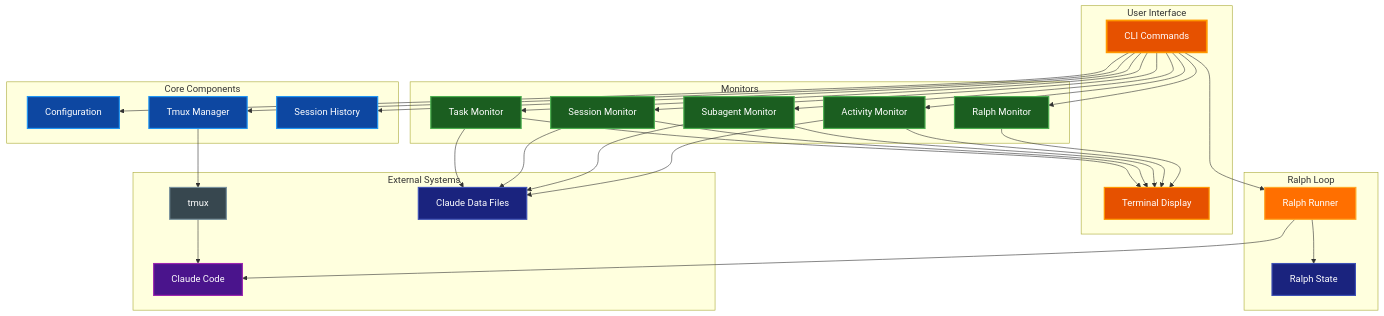
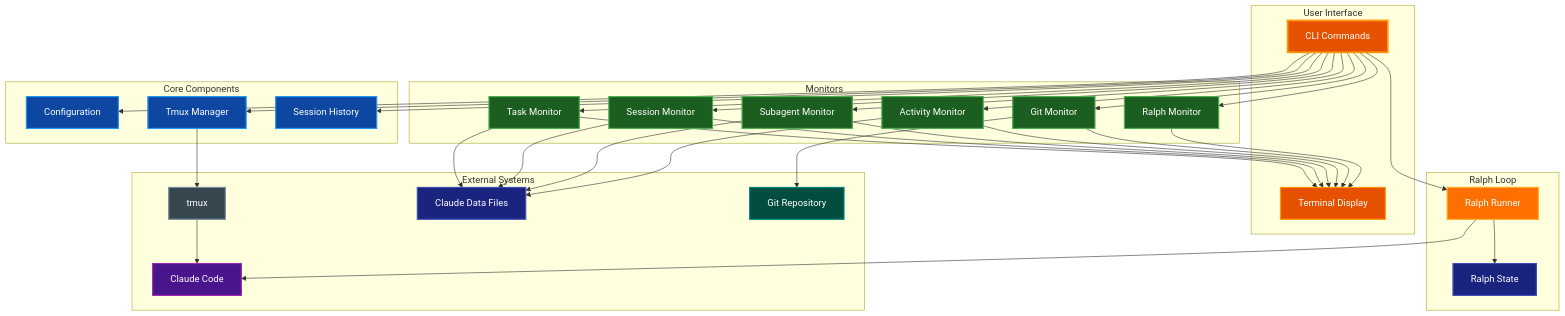
One commit to paulrobello/cctmux changed the first of 6 diagrams in docs/ARCHITECTURE.md. Above: the diagram before and after it, drawn with Mermaid. The commit also changed other lines of this file and 8 other files, not shown here.

Commit message:
docs: add git monitor documentation to all docs

````diff
--- a/docs/ARCHITECTURE.md
+++ b/docs/ARCHITECTURE.md
@@ -20,74 +20,81 @@
 ```mermaid
 graph TB
     subgraph "User Interface"
         CLI[CLI Commands]
         Term[Terminal Display]
     end
 
     subgraph "Core Components"
         Config[Configuration]
         TmuxMgr[Tmux Manager]
         History[Session History]
     end
 
     subgraph "Monitors"
         TaskMon[Task Monitor]
         SessionMon[Session Monitor]
         AgentMon[Subagent Monitor]
         ActivityMon[Activity Monitor]
+        GitMon[Git Monitor]
         RalphMon[Ralph Monitor]
     end
 
     subgraph "Ralph Loop"
         RalphRunner[Ralph Runner]
         RalphState[Ralph State]
     end
 
     subgraph "External Systems"
         Tmux[tmux]
         ClaudeCode[Claude Code]
         ClaudeData[Claude Data Files]
+        GitRepo[Git Repository]
     end
 
     CLI --> Config
     CLI --> TmuxMgr
     CLI --> History
     CLI --> TaskMon
     CLI --> SessionMon
     CLI --> AgentMon
     CLI --> ActivityMon
+    CLI --> GitMon
     CLI --> RalphRunner
     CLI --> RalphMon
 
     TmuxMgr --> Tmux
     Tmux --> ClaudeCode
 
     TaskMon --> ClaudeData
     SessionMon --> ClaudeData
     AgentMon --> ClaudeData
     ActivityMon --> ClaudeData
+    GitMon --> GitRepo
 
     TaskMon --> Term
     SessionMon --> Term
     AgentMon --> Term
     ActivityMon --> Term
+    GitMon --> Term
     RalphMon --> Term
     RalphRunner --> ClaudeCode
     RalphRunner --> RalphState
 
     style CLI fill:#e65100,stroke:#ff9800,stroke-width:3px,color:#ffffff
     style Term fill:#e65100,stroke:#ff9800,stroke-width:2px,color:#ffffff
     style Config fill:#0d47a1,stroke:#2196f3,stroke-width:2px,color:#ffffff
     style TmuxMgr fill:#0d47a1,stroke:#2196f3,stroke-width:2px,color:#ffffff
     style History fill:#0d47a1,stroke:#2196f3,stroke-width:2px,color:#ffffff
     style TaskMon fill:#1b5e20,stroke:#4caf50,stroke-width:2px,color:#ffffff
     style SessionMon fill:#1b5e20,stroke:#4caf50,stroke-width:2px,color:#ffffff
     style AgentMon fill:#1b5e20,stroke:#4caf50,stroke-width:2px,color:#ffffff
     style ActivityMon fill:#1b5e20,stroke:#4caf50,stroke-width:2px,color:#ffffff
+    style GitMon fill:#1b5e20,stroke:#4caf50,stroke-width:2px,color:#ffffff
     style RalphMon fill:#1b5e20,stroke:#4caf50,stroke-width:2px,color:#ffffff
     style RalphRunner fill:#ff6f00,stroke:#ffa726,stroke-width:2px,color:#ffffff
     style RalphState fill:#1a237e,stroke:#3f51b5,stroke-width:2px,color:#ffffff
     style Tmux fill:#37474f,stroke:#78909c,stroke-width:2px,color:#ffffff
     style ClaudeCode fill:#4a148c,stroke:#9c27b0,stroke-width:2px,color:#ffffff
     style ClaudeData fill:#1a237e,stroke:#3f51b5,stroke-width:2px,color:#ffffff
+    style GitRepo fill:#004d40,stroke:#00897b,stroke-width:2px,color:#ffffff
 ```
````
